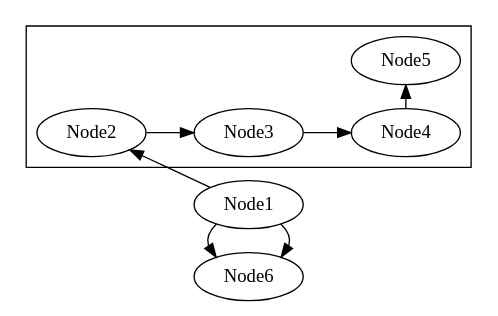
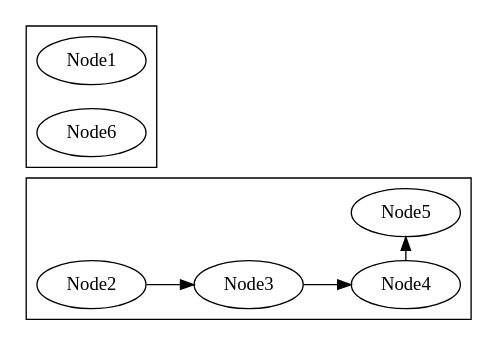
One commit to sisyphus1212/note changed the fifth of 5 diagrams in other/graphviz.md. Above: the diagram before and after it, drawn with Graphviz.

Commit message:
auto_update

````diff
--- a/other/graphviz.md
+++ b/other/graphviz.md
@@ -61,19 +61,14 @@
 ```graphviz
 digraph {
     rankdir=LR
     subgraph cluster_vertical_example{
         "Node2"-> "Node3";
         "Node3"-> "Node4";
         "Node4"->"Node5"
         {rank=same; "Node4"; "Node5";}
     }
     subgraph cluster_vertical_example2{
-        Node1 -> Node6
+        Node1; Node6
     }
-    node[]"Node6";
-    node[]"Node1";
-    {rank=same; "Node1"; "Node6";}
-    Node2 -> Node1[dir=back]
-    Node1 -> Node6
 }
 ```
````
